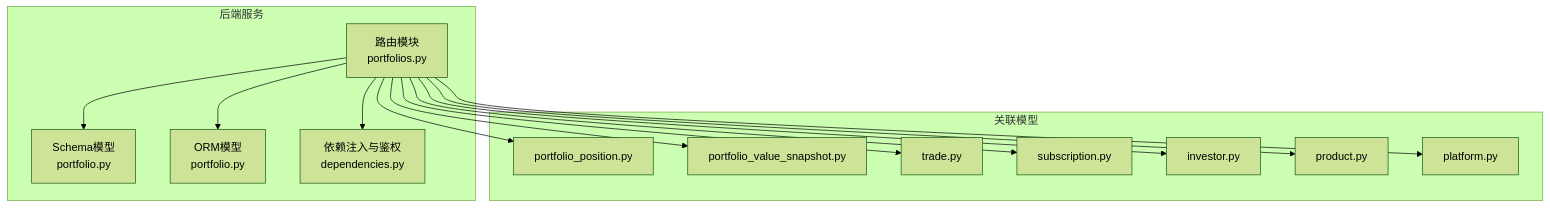
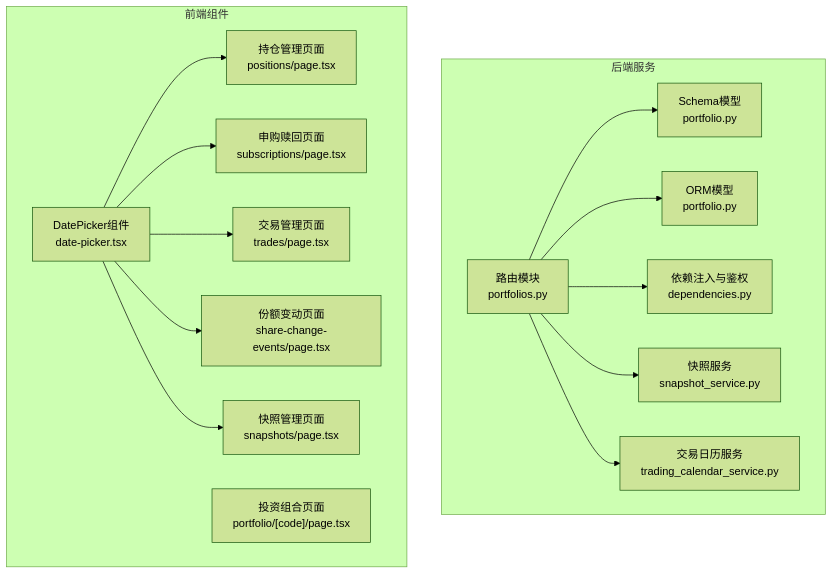
The first of 4 diagrams in .qoder/repowiki/zh/content/后端API文档/投资组合管理API.md (gujialind/InvestRing), drawn with Mermaid (forest theme) before and after one commit. The commit also changed other lines of this file and 97 other files, not shown here.

````diff
--- a/.qoder/repowiki/zh/content/后端API文档/投资组合管理API.md
+++ b/.qoder/repowiki/zh/content/后端API文档/投资组合管理API.md
@@ -45,28 +63,30 @@
 ```mermaid
 graph TB
 subgraph "后端服务"
 R["路由模块<br/>portfolios.py"]
 S["Schema模型<br/>portfolio.py"]
 M["ORM模型<br/>portfolio.py"]
 D["依赖注入与鉴权<br/>dependencies.py"]
+SS["快照服务<br/>snapshot_service.py"]
+TCS["交易日历服务<br/>trading_calendar_service.py"]
 end
-subgraph "关联模型"
-P["portfolio_position.py"]
-V["portfolio_value_snapshot.py"]
-T["trade.py"]
-SUB["subscription.py"]
-INV["investor.py"]
-PRD["product.py"]
-PLAT["platform.py"]
+subgraph "前端组件"
+DP["DatePicker组件<br/>date-picker.tsx"]
+PP["投资组合页面<br/>portfolio/[code]/page.tsx"]
+POS["持仓管理页面<br/>positions/page.tsx"]
+SUB["申购赎回页面<br/>subscriptions/page.tsx"]
+TRADE["交易管理页面<br/>trades/page.tsx"]
+SCE["份额变动页面<br/>share-change-events/page.tsx"]
+SNAP["快照管理页面<br/>snapshots/page.tsx"]
 end
 R --> S
 R --> M
 R --> D
-R --> P
-R --> V
-R --> T
-R --> SUB
-R --> INV
-R --> PRD
-R --> PLAT
+R --> SS
+R --> TCS
+DP --> POS
+DP --> SUB
+DP --> TRADE
+DP --> SCE
+DP --> SNAP
 ```
````
